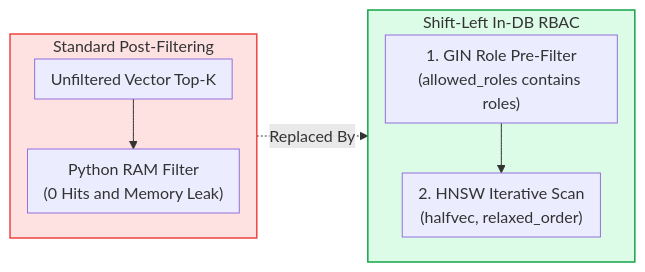
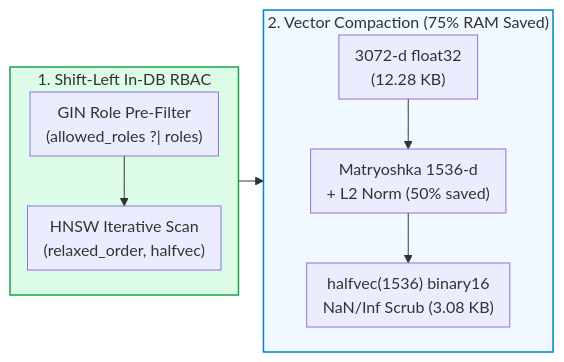
Before and after one commit to Kenono2000/enterprise-rag-pgvector-rbac: the second of 12 diagrams in README.md, drawn with Mermaid. The commit also changed other lines of this file, not shown here.

Commit message:
docs: update README navigation, diagrams, and section numbering

````diff
--- a/README.md
+++ b/README.md
@@ -51,15 +54,15 @@
 ```mermaid
 %%{init: {'flowchart': {'nodeSpacing': 15, 'rankSpacing': 25, 'padding': 8}}}%%
 flowchart LR
-    subgraph PostFilter ["Standard Post-Filtering"]
+    subgraph PreFilter ["1. Shift-Left In-DB RBAC"]
         direction TB
-        PF1["Unfiltered Vector Top-K"] --> PF2["Python RAM Filter<br/>(0 Hits and Memory Leak)"]
+        GIN["GIN Role Pre-Filter<br/>(allowed_roles ?| roles)"] --> HNSW["HNSW Iterative Scan<br/>(relaxed_order, halfvec)"]
     end
-    subgraph PreFilter ["Shift-Left In-DB RBAC"]
+    subgraph Compaction ["2. Vector Compaction (75% RAM Saved)"]
         direction TB
-        GIN["1. GIN Role Pre-Filter<br/>(allowed_roles contains roles)"] --> HNSW["2. HNSW Iterative Scan<br/>(halfvec, relaxed_order)"]
+        V3072["3072-d float32<br/>(12.28 KB)"] --> MRL["Matryoshka 1536-d<br/>+ L2 Norm (50% saved)"] --> Half["halfvec(1536) binary16<br/>NaN/Inf Scrub (3.08 KB)"]
     end
-    PostFilter -.->|"Replaced By"| PreFilter
-    style PostFilter fill:#fee2e2,stroke:#ef4444,stroke-width:1.5px
+    PreFilter --> Compaction
     style PreFilter fill:#dcfce7,stroke:#16a34a,stroke-width:1.5px
+    style Compaction fill:#f0f9ff,stroke:#0284c7,stroke-width:1.5px
 ```
````
